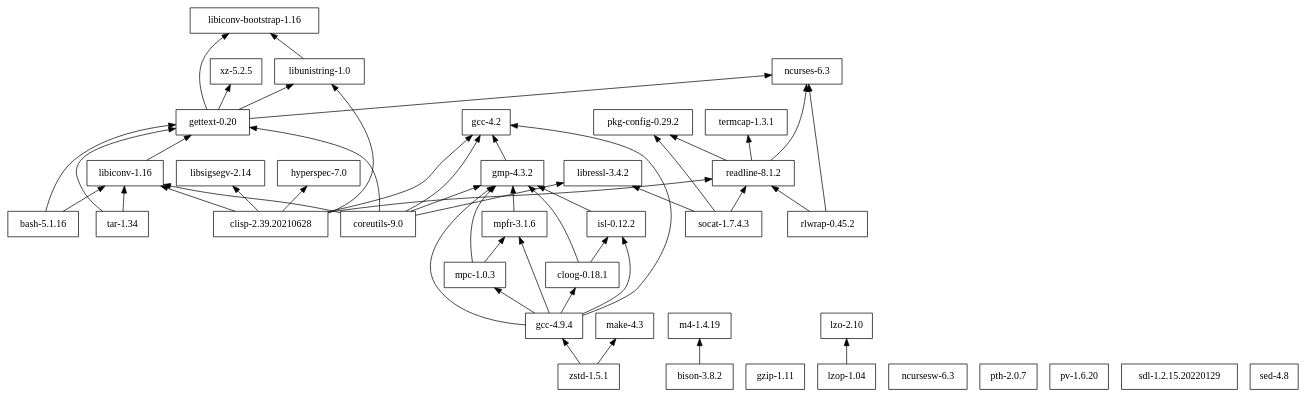
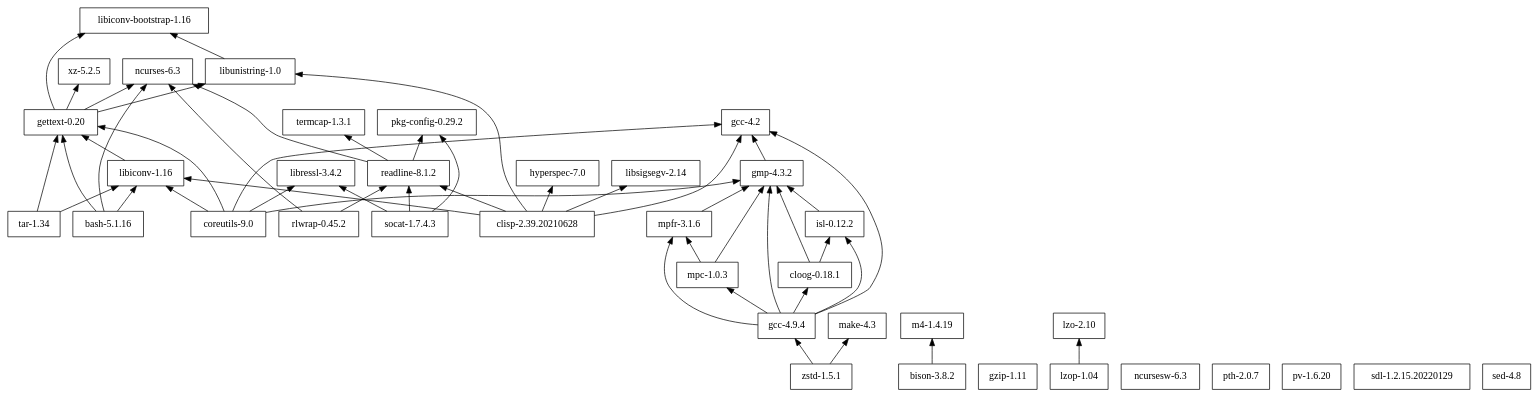
One commit to cellularmitosis/leopard.sh changed the diagram in tigersh/deps/dependencies.dot. Above: the diagram before and after it, drawn with Graphviz. The commit also changed 6 other files, not shown here.

```diff
--- a/tigersh/deps/dependencies.dot
+++ b/tigersh/deps/dependencies.dot
@@ -1,70 +1,86 @@
 digraph mygraph {
 node [shape=box];
 rankdir = BT;
 
 "bash-5.1.16" -> "gettext-0.20"
 "bash-5.1.16" -> "libiconv-1.16"
+"bash-5.1.16" -> "ncurses-6.3"
 "bison-3.8.2" -> "m4-1.4.19"
+
 "clisp-2.39.20210628" -> "gcc-4.2"
 "clisp-2.39.20210628" -> "hyperspec-7.0"
 "clisp-2.39.20210628" -> "libiconv-1.16"
 "clisp-2.39.20210628" -> "libsigsegv-2.14"
 "clisp-2.39.20210628" -> "libunistring-1.0"
 "clisp-2.39.20210628" -> "readline-8.1.2"
+
 "cloog-0.18.1" -> "gmp-4.3.2"
 "cloog-0.18.1" -> "isl-0.12.2"
 "coreutils-9.0" -> "gcc-4.2"
 "coreutils-9.0" -> "gettext-0.20"
 "coreutils-9.0" -> "gmp-4.3.2"
 "coreutils-9.0" -> "libiconv-1.16"
 "coreutils-9.0" -> "libressl-3.4.2"
+
 "gcc-4.2"
 "gcc-4.9.4" -> "cloog-0.18.1"
 "gcc-4.9.4" -> "gcc-4.2"
 "gcc-4.9.4" -> "gmp-4.3.2"
 "gcc-4.9.4" -> "isl-0.12.2"
 "gcc-4.9.4" -> "mpc-1.0.3"
 "gcc-4.9.4" -> "mpfr-3.1.6"
 "gettext-0.20" -> "libiconv-bootstrap-1.16"
 "gettext-0.20" -> "libunistring-1.0"
 "gettext-0.20" -> "ncurses-6.3"
 "gettext-0.20" -> "xz-5.2.5"
 "gmp-4.3.2" -> "gcc-4.2"
 "gzip-1.11"
+
 "hyperspec-7.0"
+
 "isl-0.12.2" -> "gmp-4.3.2"
 "libiconv-1.16" -> "gettext-0.20"
+
 "libiconv-bootstrap-1.16"
 "libressl-3.4.2"
 "libsigsegv-2.14"
 "libunistring-1.0" -> "libiconv-bootstrap-1.16"
+
 "lzo-2.10"
 "lzop-1.04" -> "lzo-2.10"
+
 "m4-1.4.19"
 "make-4.3"
 "mpc-1.0.3" -> "gmp-4.3.2"
 "mpc-1.0.3" -> "mpfr-3.1.6"
 "mpfr-3.1.6" -> "gmp-4.3.2"
+
 "ncurses-6.3"
 "ncursesw-6.3"
+
 "pkg-config-0.29.2"
 "pth-2.0.7"
 "pv-1.6.20"
+
 "readline-8.1.2" -> "ncurses-6.3"
 "readline-8.1.2" -> "pkg-config-0.29.2"
 "readline-8.1.2" -> "termcap-1.3.1"
 "rlwrap-0.45.2" -> "ncurses-6.3"
 "rlwrap-0.45.2" -> "readline-8.1.2"
+
 "sdl-1.2.15.20220129"
 "sed-4.8"
 "socat-1.7.4.3" -> "libressl-3.4.2"
 "socat-1.7.4.3" -> "pkg-config-0.29.2"
 "socat-1.7.4.3" -> "readline-8.1.2"
 "tar-1.34" -> "gettext-0.20"
+
 "tar-1.34" -> "libiconv-1.16"
 "termcap-1.3.1"
+
 "xz-5.2.5"
+
 "zstd-1.5.1" -> "gcc-4.9.4"
 "zstd-1.5.1" -> "make-4.3"
 
 }
```
